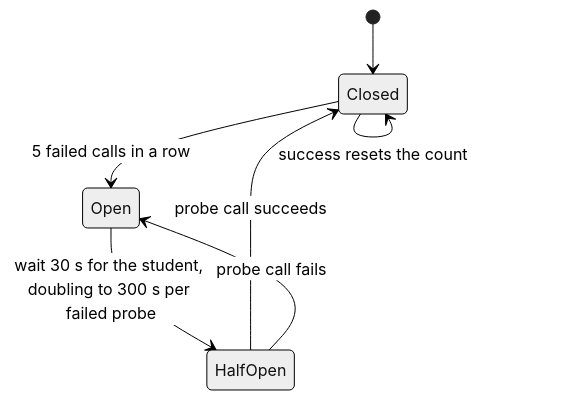
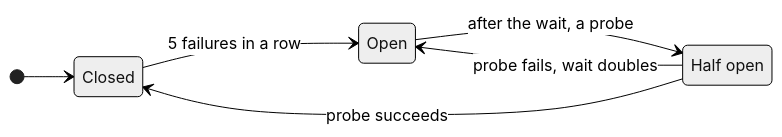
The third of 5 diagrams in docs-site/src/content/docs/guides/escalation-and-audits.mdx (harshbhx/ratchet), drawn with Mermaid (neutral theme) before and after one commit. The commit also changed other lines of this file and 25 other files, not shown here.

````diff
--- a/docs-site/src/content/docs/guides/escalation-and-audits.mdx
+++ b/docs-site/src/content/docs/guides/escalation-and-audits.mdx
@@ -156,9 +194,14 @@
 ```mermaid
 stateDiagram-v2
-    [*] --> Closed
-    Closed --> Open: 5 failed calls in a row
-    Open --> HalfOpen: wait 30 s for the student, doubling to 300 s per failed probe
-    HalfOpen --> Closed: probe call succeeds
-    HalfOpen --> Open: probe call fails
-    Closed --> Closed: success resets the count
+  direction LR
+  [*] --> Closed
+  Closed --> Open: 5 failures in a row
+  Open --> HalfOpen: after the wait, a probe
+  HalfOpen --> Closed: probe succeeds
+  HalfOpen --> Open: probe fails, wait doubles
+  state "Half open" as HalfOpen
+
+  class Closed ok
+  class Open danger
+  class HalfOpen pending
 ```
````
